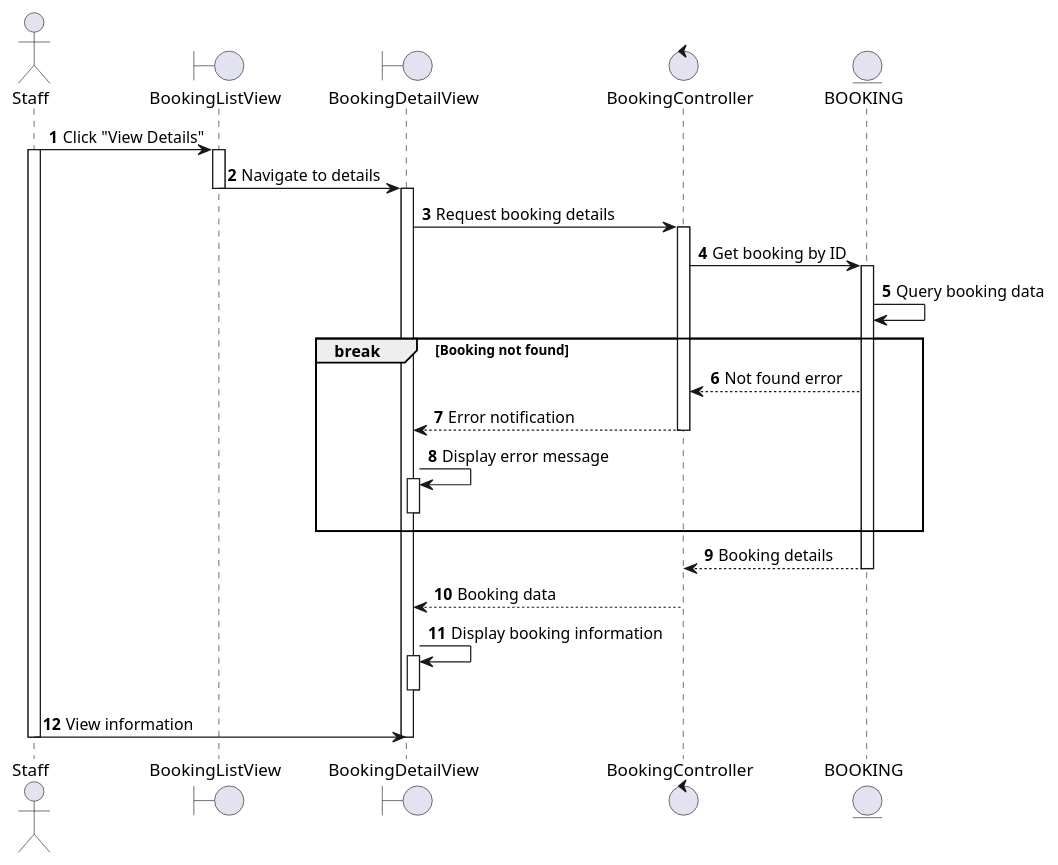
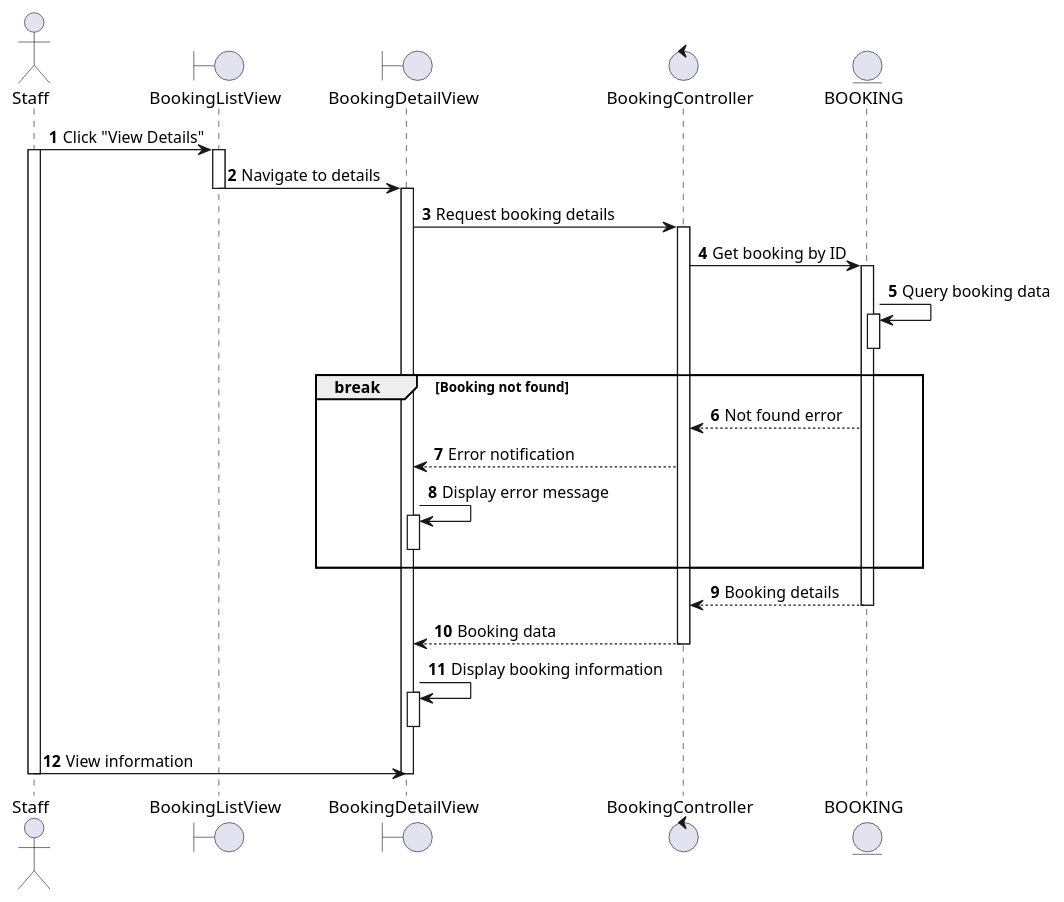
Before and after one commit to se113-wm/se113-wm.github.io: the diagram in docs/docs/sequence/adjust-and-track-bookings/view-booking-details.md, drawn with PlantUML. The commit also changed 37 other files, not shown here.

First line of the commit message:
Refactor sequence diagrams for booking and trip management

````diff
--- a/docs/docs/sequence/adjust-and-track-bookings/view-booking-details.md
+++ b/docs/docs/sequence/adjust-and-track-bookings/view-booking-details.md
@@ -3,45 +3,46 @@
 ```plantuml
 @startuml
 autonumber
 
 actor Staff as S
 boundary BookingListView as BLV
 boundary BookingDetailView as BDV
 control BookingController as BC
 entity BOOKING as B
 
 S -> BLV: Click "View Details"
 activate S
 activate BLV
 BLV -> BDV: Navigate to details
 deactivate BLV
 activate BDV
 BDV -> BC: Request booking details
 activate BC
 BC -> B: Get booking by ID
 activate B
 B -> B: Query booking data
+activate B
+deactivate B
 
 break Booking not found
   BC <-- B: Not found error
   BDV <-- BC: Error notification
-  deactivate BC
   BDV -> BDV: Display error message
   activate BDV
   deactivate BDV
 end
 
 BC <-- B: Booking details
 deactivate B
 BDV <-- BC: Booking data
 deactivate BC
 BDV -> BDV: Display booking information
 activate BDV
 deactivate BDV
 
 S -> BDV: View information
 deactivate S
 deactivate BDV
 
 @enduml
 ```
````
